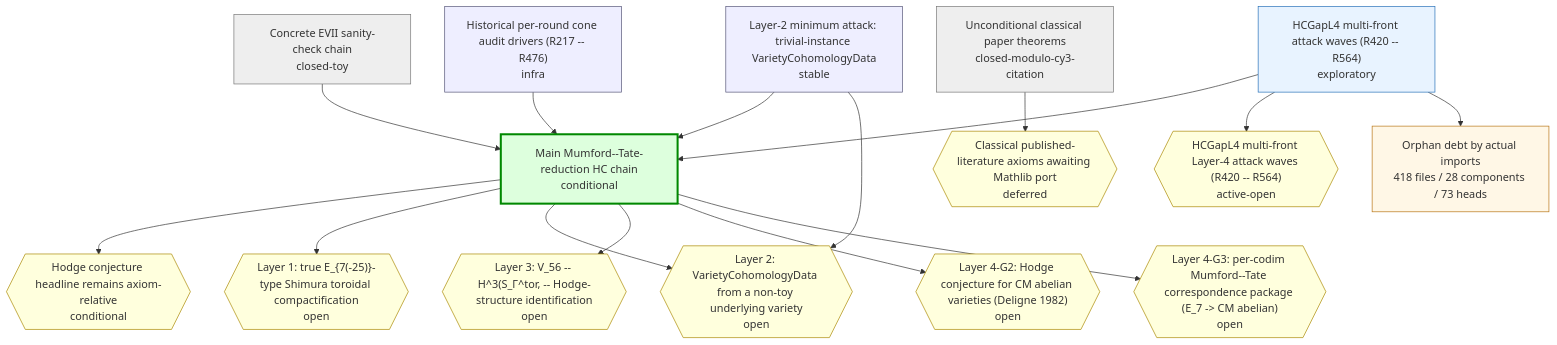
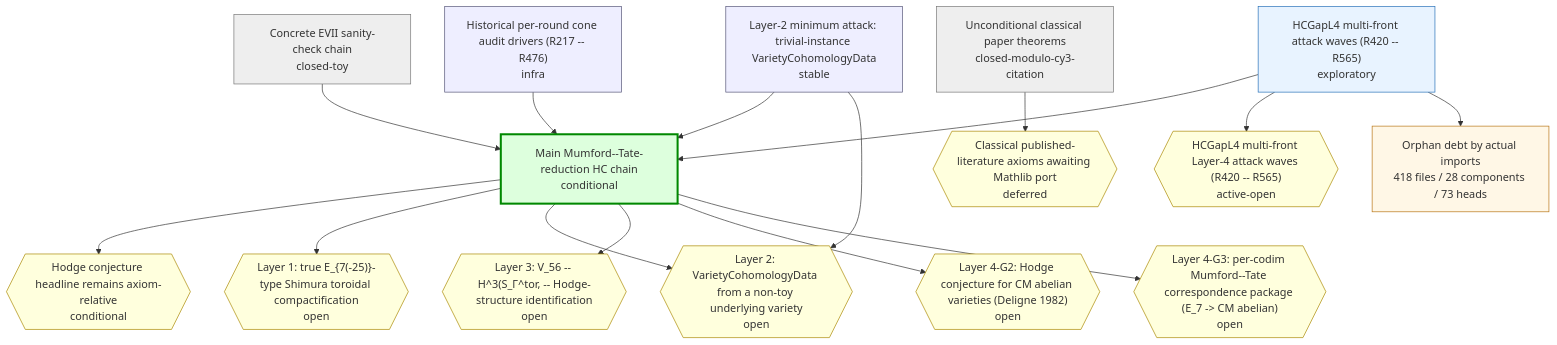
One commit to crabsatellite/hodge-conjecture-lean4-formalization changed the first of 2 diagrams in chain-status/research-map.md. Above: the diagram before and after it, drawn with Mermaid. The commit also changed other lines of this file and 7 other files, not shown here.

````diff
--- a/chain-status/research-map.md
+++ b/chain-status/research-map.md
@@ -45,44 +45,44 @@
 ```mermaid
 graph TD
   classDef main fill:#dfd,stroke:#080,stroke-width:3px
   classDef active fill:#e8f3ff,stroke:#2670b8
   classDef support fill:#eef,stroke:#557
   classDef closed fill:#eee,stroke:#777
   classDef dead fill:#fdd,stroke:#a00,stroke-width:2px
   classDef gapOpen fill:#ffd,stroke:#a80
   classDef gapClosed fill:#eee,stroke:#777
   classDef gapDead fill:#fdd,stroke:#a00
   classDef debt fill:#fff7e6,stroke:#b87514
   classDef debtTaxonomy fill:#e8f3ff,stroke:#2670b8,stroke-dasharray:3 3
   classDef debtRule fill:#eefbea,stroke:#398439,stroke-dasharray:3 3
   classDef debtDead fill:#fdd,stroke:#a00,stroke-dasharray:3 3
   chain_main_hc_axiom_relative["Main Mumford--Tate-reduction HC chain\nconditional"]:::main
   chain_unconditional_classical["Unconditional classical paper theorems\nclosed-modulo-cy3-citation"]:::closed
   chain_hcgap_l2_trivial_instances["Layer-2 minimum attack: trivial-instance VarietyCohomologyData\nstable"]:::support
-  chain_hcgap_l4_multifront_active["HCGapL4 multi-front attack waves (R420 -- R564)\nexploratory"]:::active
+  chain_hcgap_l4_multifront_active["HCGapL4 multi-front attack waves (R420 -- R565)\nexploratory"]:::active
   chain_concrete_evii_toy["Concrete EVII sanity-check chain\nclosed-toy"]:::closed
   chain_historical_cone_audits["Historical per-round cone audit drivers (R217 -- R476)\ninfra"]:::support
   gap_G_main_hc{{"Hodge conjecture headline remains axiom-relative\nconditional"}}:::gapOpen
   gap_G_l1_e7_shimura_tor{{"Layer 1: true E_{7(-25)}-type Shimura toroidal compactification\nopen"}}:::gapOpen
   gap_G_l2_cohomology_construction{{"Layer 2: VarietyCohomologyData from a non-toy underlying variety\nopen"}}:::gapOpen
   gap_G_l3_v56_mt_identification{{"Layer 3: V_56 -- H^3(S_Γ^tor, -- Hodge-structure identification\nopen"}}:::gapOpen
   gap_G_l4_cm_abelian_hc{{"Layer 4-G2: Hodge conjecture for CM abelian varieties (Deligne 1982)\nopen"}}:::gapOpen
   gap_G_l4_mt_correspondence{{"Layer 4-G3: per-codim Mumford--Tate correspondence package (E_7 -> CM abelian)\nopen"}}:::gapOpen
   gap_G_classical_mathlib_port{{"Classical published-literature axioms awaiting Mathlib port\ndeferred"}}:::gapOpen
-  gap_G_hcgap_l4_multifront{{"HCGapL4 multi-front Layer-4 attack waves (R420 -- R564)\nactive-open"}}:::gapOpen
+  gap_G_hcgap_l4_multifront{{"HCGapL4 multi-front Layer-4 attack waves (R420 -- R565)\nactive-open"}}:::gapOpen
   chain_main_hc_axiom_relative --> gap_G_main_hc
   chain_main_hc_axiom_relative --> gap_G_l1_e7_shimura_tor
   chain_main_hc_axiom_relative --> gap_G_l2_cohomology_construction
   chain_main_hc_axiom_relative --> gap_G_l3_v56_mt_identification
   chain_main_hc_axiom_relative --> gap_G_l4_cm_abelian_hc
   chain_main_hc_axiom_relative --> gap_G_l4_mt_correspondence
   chain_unconditional_classical --> gap_G_classical_mathlib_port
   chain_hcgap_l2_trivial_instances --> chain_main_hc_axiom_relative
   chain_hcgap_l2_trivial_instances --> gap_G_l2_cohomology_construction
   chain_hcgap_l4_multifront_active --> chain_main_hc_axiom_relative
   chain_hcgap_l4_multifront_active --> gap_G_hcgap_l4_multifront
   chain_concrete_evii_toy --> chain_main_hc_axiom_relative
   chain_historical_cone_audits --> chain_main_hc_axiom_relative
   debt_all["Orphan debt by actual imports\n418 files / 28 components / 73 heads"]:::debt
   chain_hcgap_l4_multifront_active --> debt_all
 ```
````
